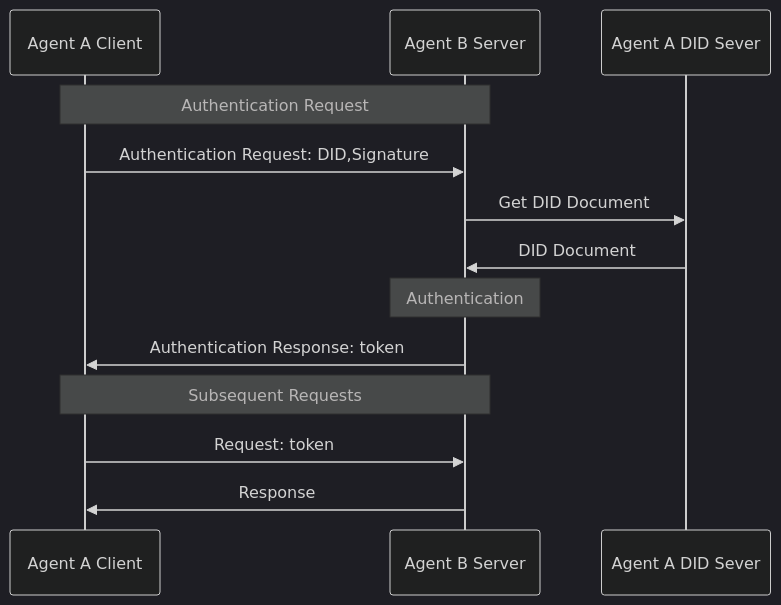
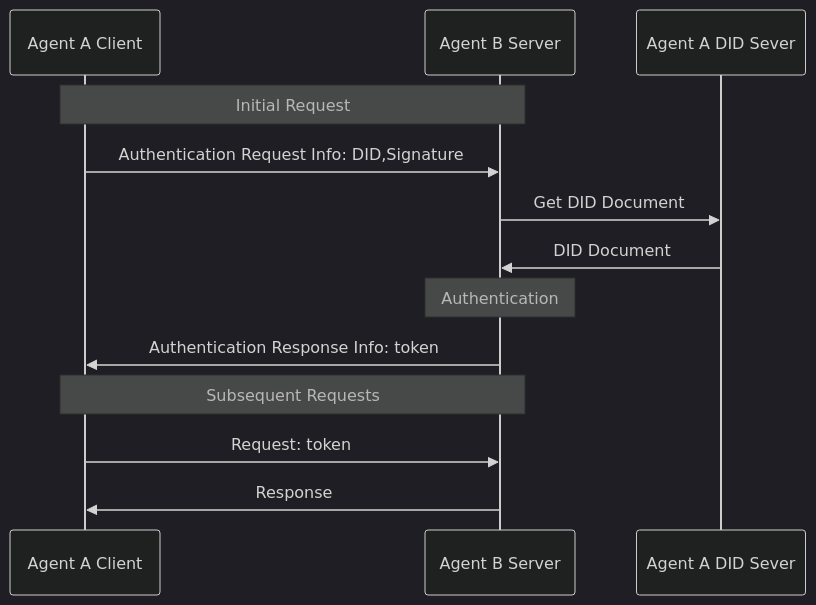
Before and after one commit to yumh1/AgentNetworkProtocol: the second of 2 diagrams in 03-did:wba Method Design Specification.md, drawn with Mermaid (dark theme). The commit also changed other lines of this file and 1 other file, not shown here.

Commit message:
update json format

````diff
--- a/03-did:wba Method Design Specification.md
+++ b/03-did:wba Method Design Specification.md
@@ -415,21 +415,21 @@
 ```mermaid
 sequenceDiagram
     participant Agent A Client
     participant Agent B Server 
     participant Agent A DID Sever
 
-    Note over Agent A Client,Agent B Server: Authentication Request
+    Note over Agent A Client,Agent B Server: Initial Request
 
-    Agent A Client->>Agent B Server: Authentication Request: DID,Signature
+    Agent A Client->>Agent B Server: Authentication Request Info: DID,Signature
     Agent B Server->>Agent A DID Sever: Get DID Document
     Agent A DID Sever->>Agent B Server: DID Document
 
     Note over Agent B Server: Authentication
 
-    Agent B Server->>Agent A Client: Authentication Response: token
+    Agent B Server->>Agent A Client: Authentication Response Info: token
 
     Note over Agent A Client, Agent B Server: Subsequent Requests
 
     Agent A Client->>Agent B Server: Request: token
     Agent B Server->>Agent A Client: Response
 ```
````
